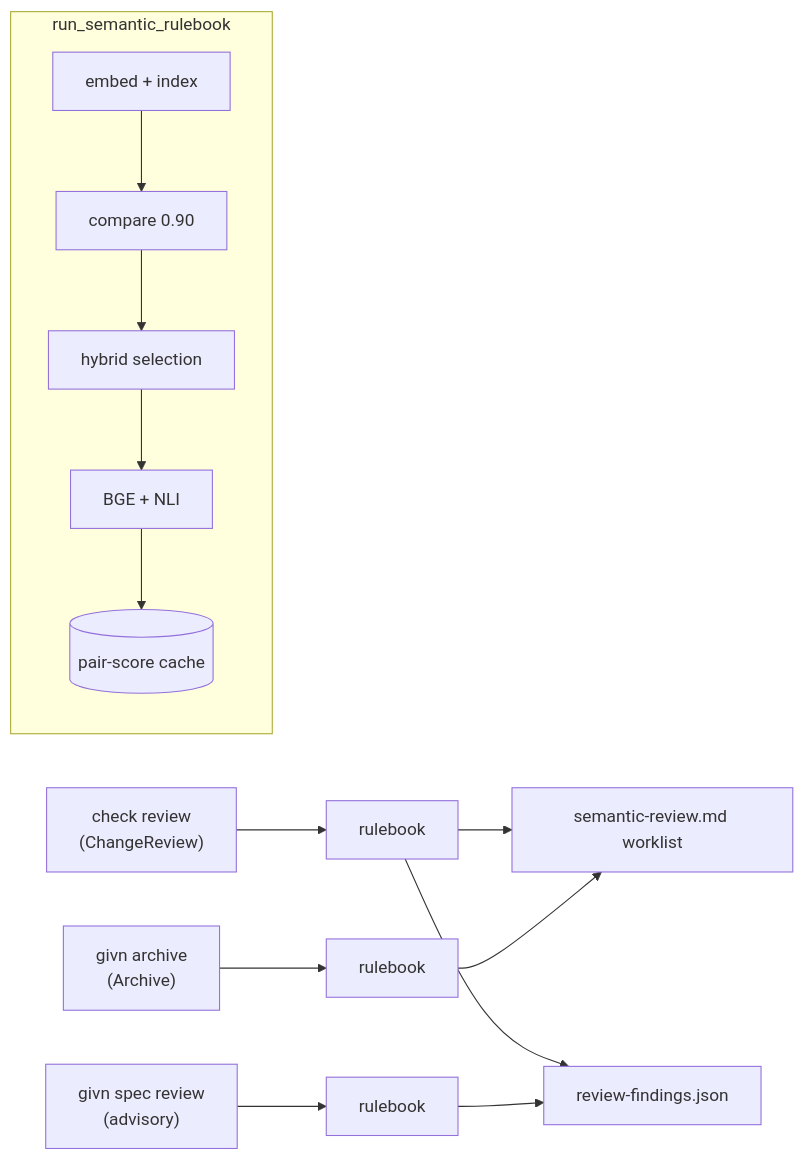
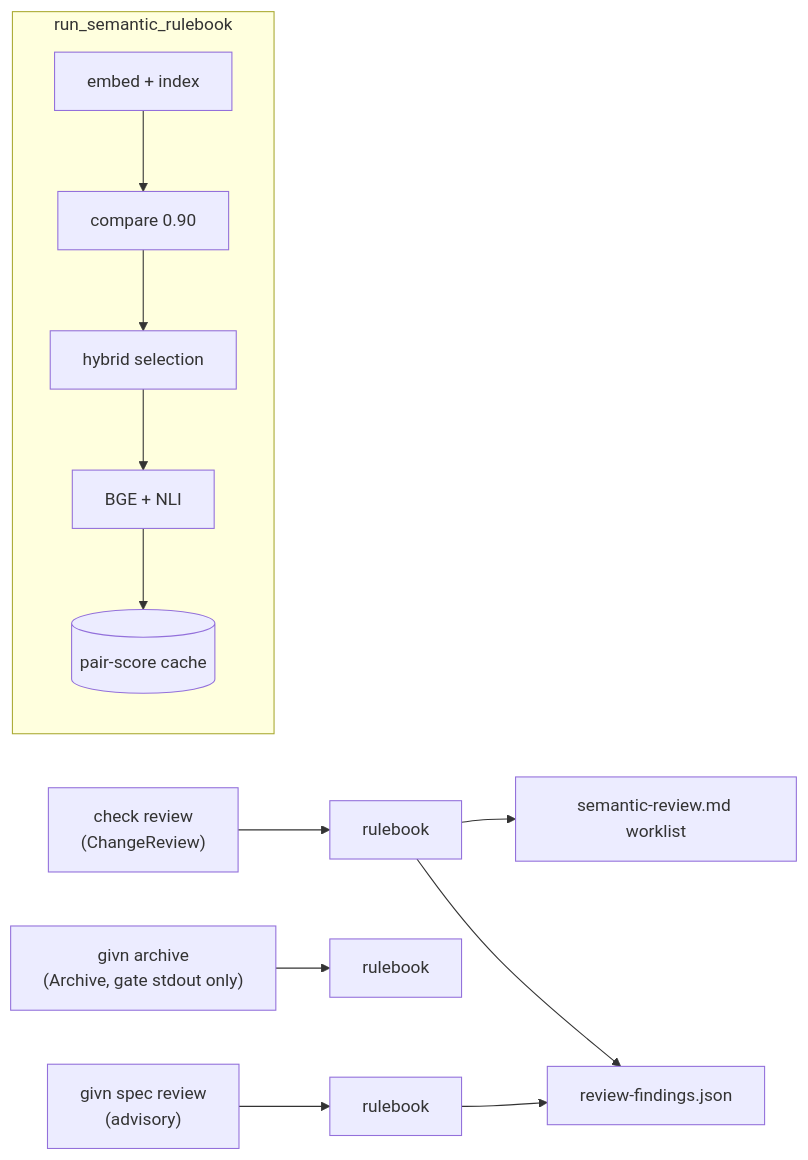
The diagram in givn/changes/unified-semantic-rulebook/design.md (buster/givn), drawn with Mermaid before and after one commit. The commit also changed other lines of this file and 9 other files, not shown here.

````diff
--- a/givn/changes/unified-semantic-rulebook/design.md
+++ b/givn/changes/unified-semantic-rulebook/design.md
@@ -114,13 +140,12 @@
 ```mermaid
 flowchart LR
     subgraph Rulebook["run_semantic_rulebook"]
         E[embed + index] --> C[compare 0.90] --> S[hybrid selection] --> J[BGE + NLI] --> K[(pair-score cache)]
     end
     CR["check review<br/>(ChangeReview)"] --> R1[rulebook]
-    AR["givn archive<br/>(Archive)"] --> R2[rulebook]
+    AR["givn archive<br/>(Archive, gate stdout only)"] --> R2[rulebook]
     SR["givn spec review<br/>(advisory)"] --> R3[rulebook]
     R1 --> W[semantic-review.md worklist]
     R1 --> F[review-findings.json]
-    R2 --> W
     R3 --> F
 ```
````
